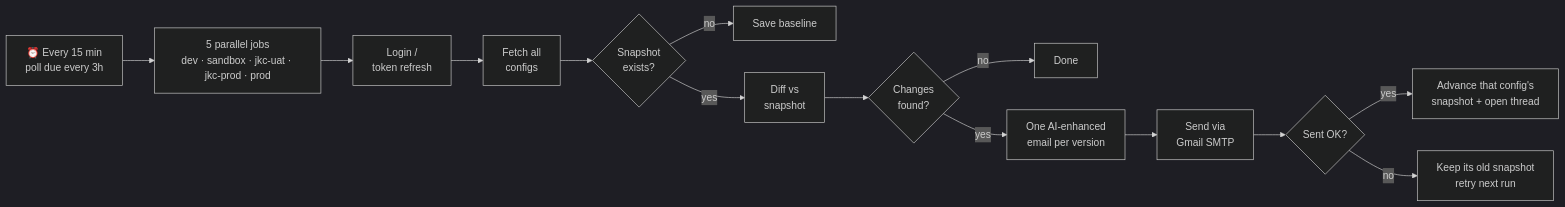
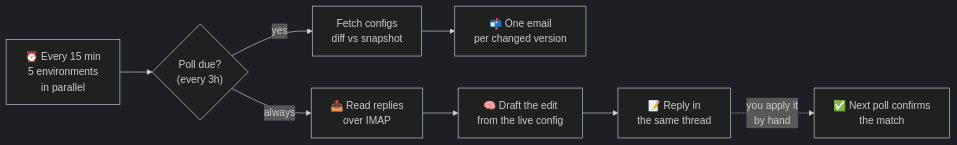
Before and after one commit to Sp1deyGen/vertexAIMonitor: the first of 3 diagrams in README.md, drawn with Mermaid (dark theme). The commit also changed other lines of this file, not shown here.

````diff
--- a/README.md
+++ b/README.md
@@ -23,16 +50,10 @@
 ```mermaid
 flowchart LR
-    A["⏰ Every 15 min\npoll due every 3h"] --> B["5 parallel jobs\ndev · sandbox · jkc-uat · jkc-prod · prod"]
-    B --> C["Login /\ntoken refresh"]
-    C --> D["Fetch all\nconfigs"]
-    D --> E{"Snapshot\nexists?"}
-    E -- "no" --> F["Save baseline"]
-    E -- "yes" --> G["Diff vs\nsnapshot"]
-    G --> H{"Changes\nfound?"}
-    H -- "no" --> I["Done"]
-    H -- "yes" --> J["One AI-enhanced\nemail per version"]
-    J --> K["Send via\nGmail SMTP"]
-    K --> L{"Sent OK?"}
-    L -- "yes" --> M["Advance that config's\nsnapshot + open thread"]
-    L -- "no" --> N["Keep its old snapshot\nretry next run"]
+    A["⏰ Every 15 min<br/>5 environments<br/>in parallel"] --> B{"Poll due?<br/>(every 3h)"}
+    B -- yes --> C["Fetch configs<br/>diff vs snapshot"]
+    C --> D["📬 One email<br/>per changed version"]
+    B -- always --> E["📥 Read replies<br/>over IMAP"]
+    E --> F["🧠 Draft the edit<br/>from the live config"]
+    F --> G["📝 Reply in<br/>the same thread"]
+    G -. "you apply it<br/>by hand" .-> H["✅ Next poll confirms<br/>the match"]
 ```
````
